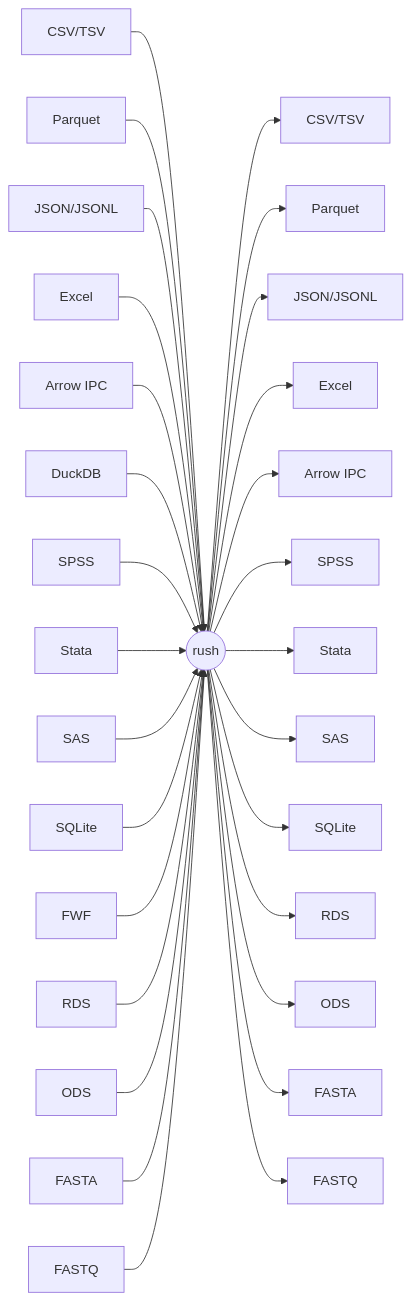
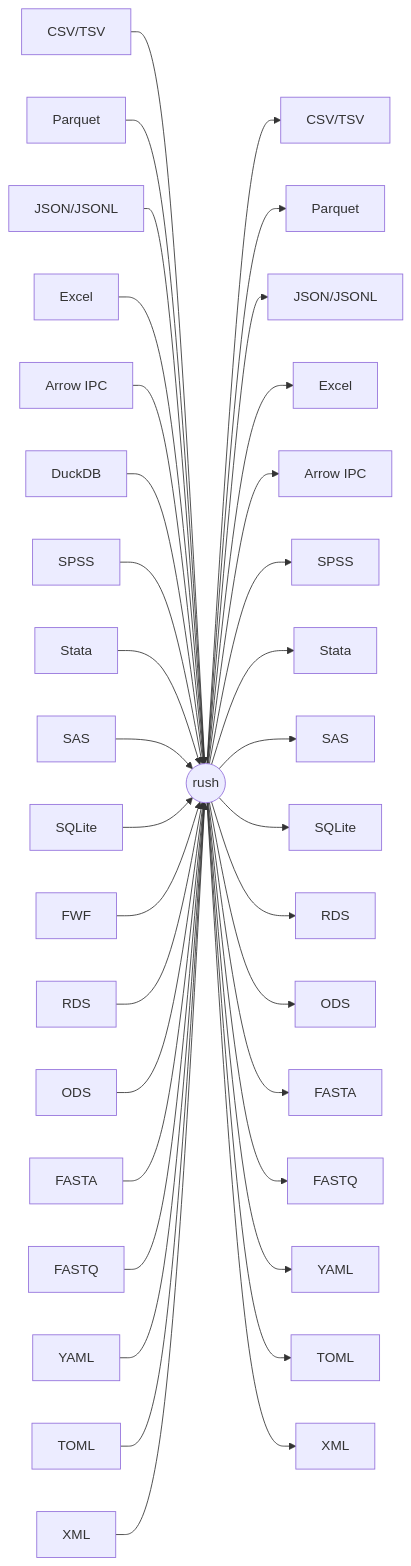
The diagram in README.Rmd (jeroenjanssens/rush), drawn with Mermaid before and after one commit. The commit also changed other lines of this file and 5 other files, not shown here.

First line of the commit message:
Add YAML, TOML, XML support and smart nesting preservation

````diff
--- a/README.Rmd
+++ b/README.Rmd
@@ -152,32 +156,38 @@
 ```{mermaid}
 graph LR
   CSV_in[CSV/TSV] --> rush((rush))
   Parquet_in[Parquet] --> rush
   JSON_in[JSON/JSONL] --> rush
   Excel_in[Excel] --> rush
   Arrow_in[Arrow IPC] --> rush
   DuckDB_in[DuckDB] --> rush
   SPSS_in[SPSS] --> rush
   Stata_in[Stata] --> rush
   SAS_in[SAS] --> rush
   SQLite_in[SQLite] --> rush
   FWF_in[FWF] --> rush
   RDS_in[RDS] --> rush
   ODS_in[ODS] --> rush
   FASTA_in[FASTA] --> rush
   FASTQ_in[FASTQ] --> rush
+  YAML_in[YAML] --> rush
+  TOML_in[TOML] --> rush
+  XML_in[XML] --> rush
 
   rush --> CSV_out[CSV/TSV]
   rush --> Parquet_out[Parquet]
   rush --> JSON_out[JSON/JSONL]
   rush --> Excel_out[Excel]
   rush --> Arrow_out[Arrow IPC]
   rush --> SPSS_out[SPSS]
   rush --> Stata_out[Stata]
   rush --> SAS_out[SAS]
   rush --> SQLite_out[SQLite]
   rush --> RDS_out[RDS]
   rush --> ODS_out[ODS]
   rush --> FASTA_out[FASTA]
   rush --> FASTQ_out[FASTQ]
+  rush --> YAML_out[YAML]
+  rush --> TOML_out[TOML]
+  rush --> XML_out[XML]
 ```
````
